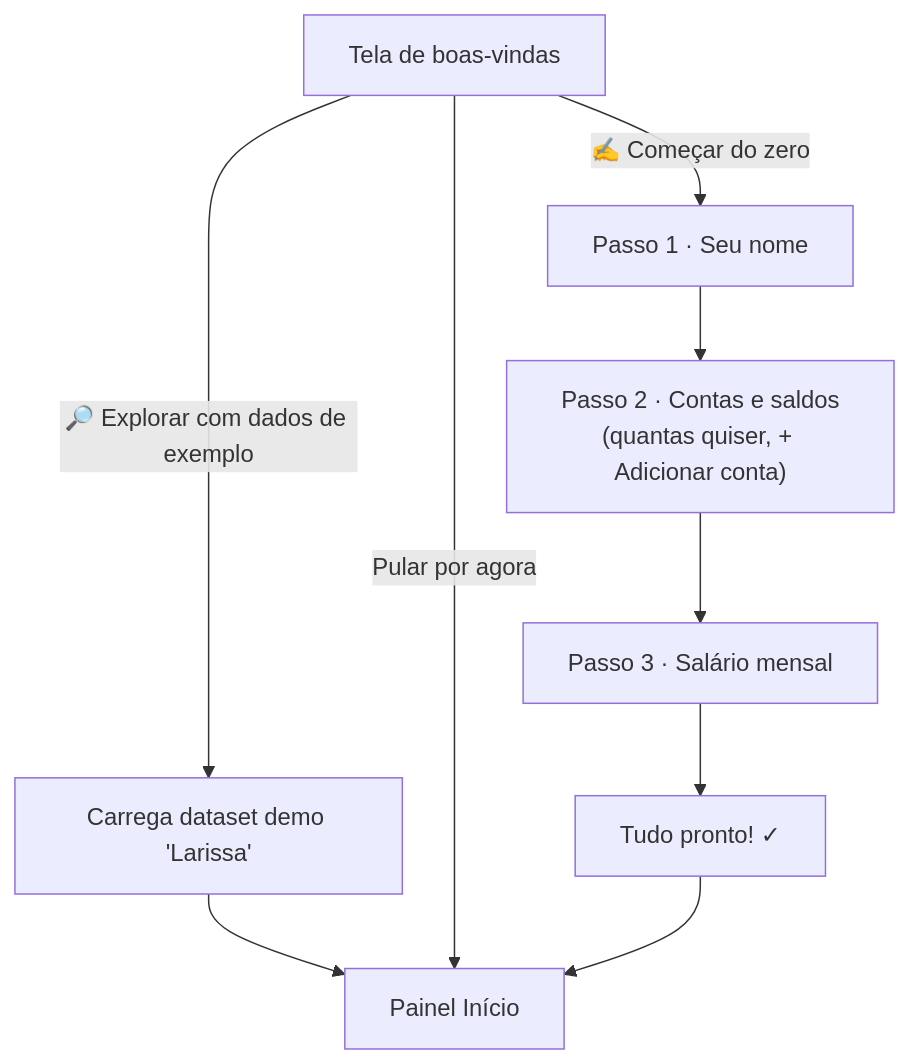
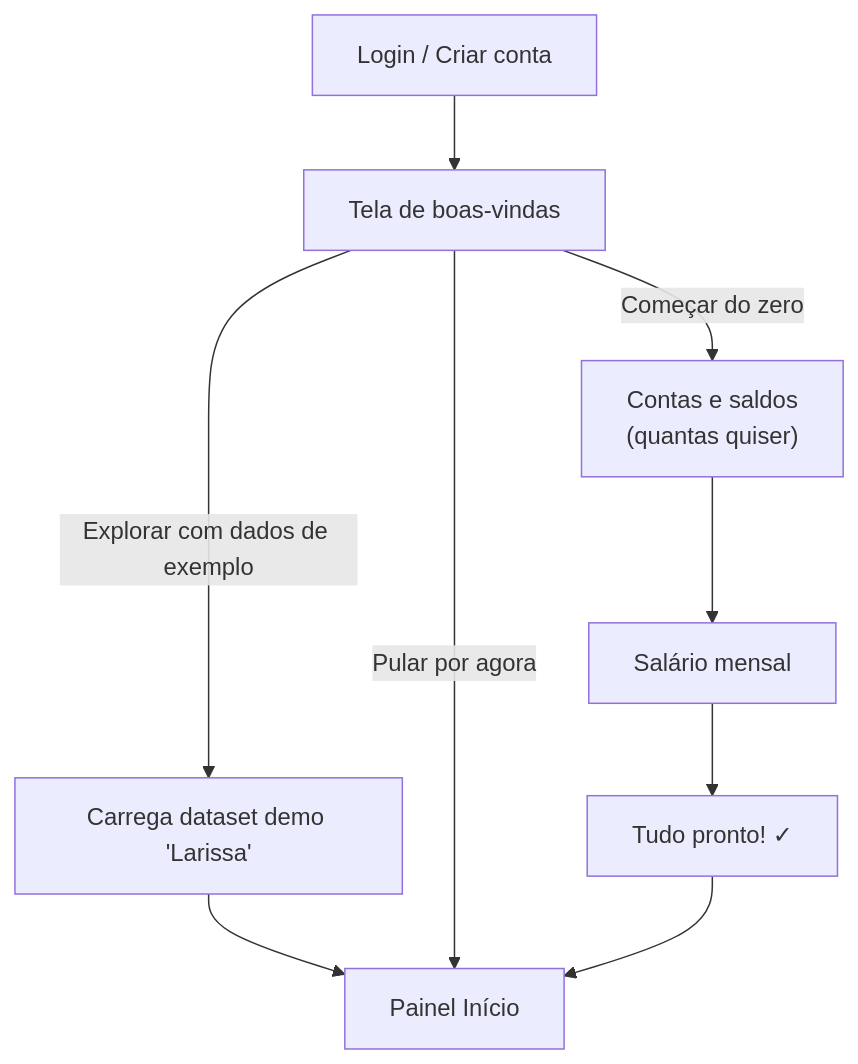
Before and after one commit to 77bueno/financas: the first of 4 diagrams in docs/DOCUMENTACAO.md, drawn with Mermaid. The commit also changed other lines of this file and 36 other files, not shown here.

````diff
--- a/docs/DOCUMENTACAO.md
+++ b/docs/DOCUMENTACAO.md
@@ -67,9 +80,9 @@
 ```mermaid
 flowchart TD
-    A[Tela de boas-vindas] -->|"✍️ Começar do zero"| B["Passo 1 · Seu nome"]
-    A -->|"🔎 Explorar com dados de exemplo"| D[Carrega dataset demo 'Larissa'] --> H[Painel Início]
+    L[Login / Criar conta] --> A[Tela de boas-vindas]
+    A -->|"Começar do zero"| C["Contas e saldos<br>(quantas quiser)"]
+    A -->|"Explorar com dados de exemplo"| D[Carrega dataset demo 'Larissa'] --> H[Painel Início]
     A -->|"Pular por agora"| H
-    B --> C["Passo 2 · Contas e saldos<br>(quantas quiser, + Adicionar conta)"]
-    C --> E["Passo 3 · Salário mensal"]
+    C --> E["Salário mensal"]
     E --> F["Tudo pronto! ✓"] --> H
 ```
````
